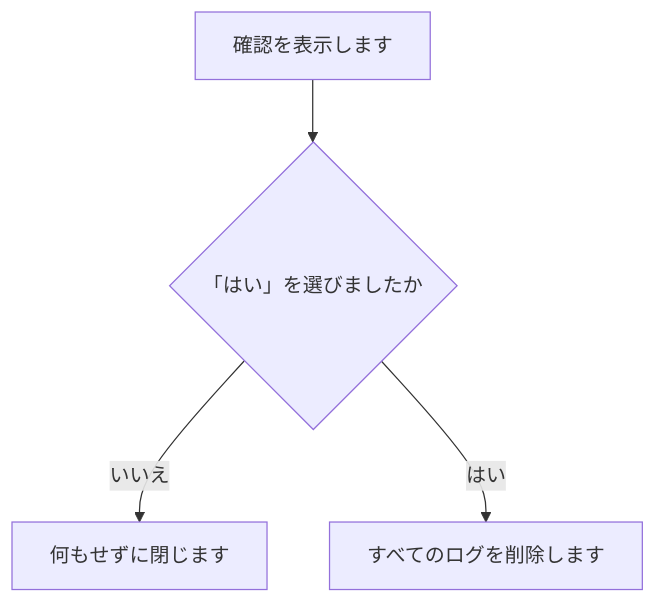
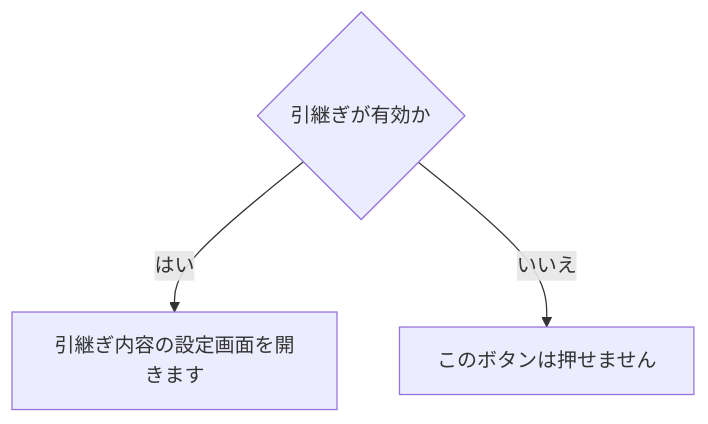
Diagram 19 of 33 in tool/smstokintone/doc/02_設計/処理フロー.md (nishida2073/project_management), drawn with Mermaid before and after one commit. The commit also changed other lines of this file and 5 other files, not shown here.

````diff
--- a/tool/smstokintone/doc/02_設計/処理フロー.md
+++ b/tool/smstokintone/doc/02_設計/処理フロー.md
@@ -246,6 +323,6 @@
 ```mermaid
 flowchart TD
-  A[確認を表示します] --> B{「はい」を選びましたか}
-  B -- いいえ --> C[何もせずに閉じます]
-  B -- はい --> D[すべてのログを削除します]
+  A{"引継ぎが有効か"}
+  A -- はい --> C["引継ぎ内容の設定画面を開きます"]
+  A -- いいえ --> B["このボタンは押せません"]
 ```
````
